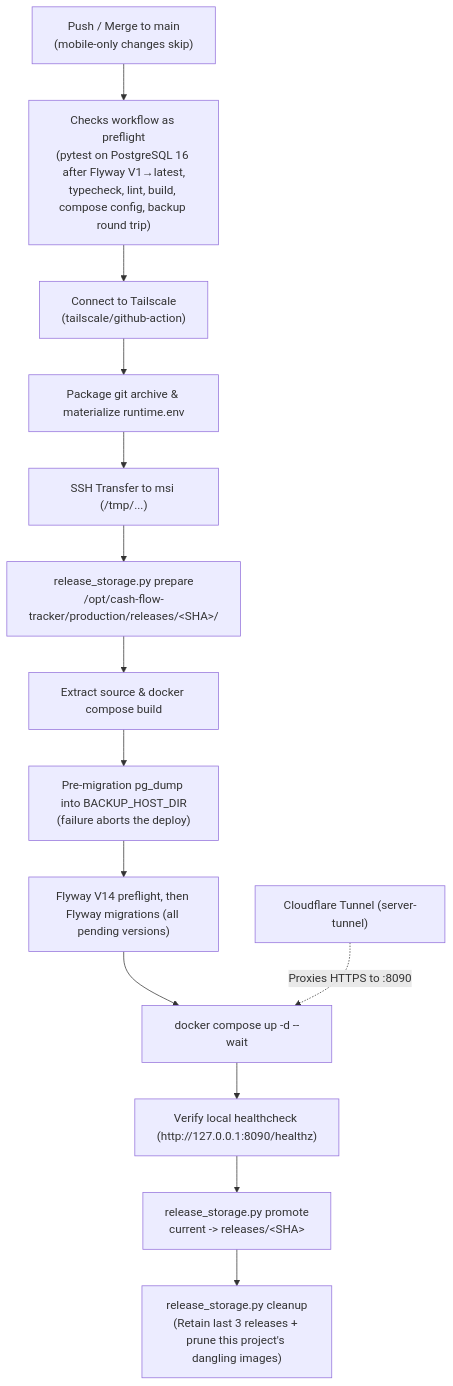
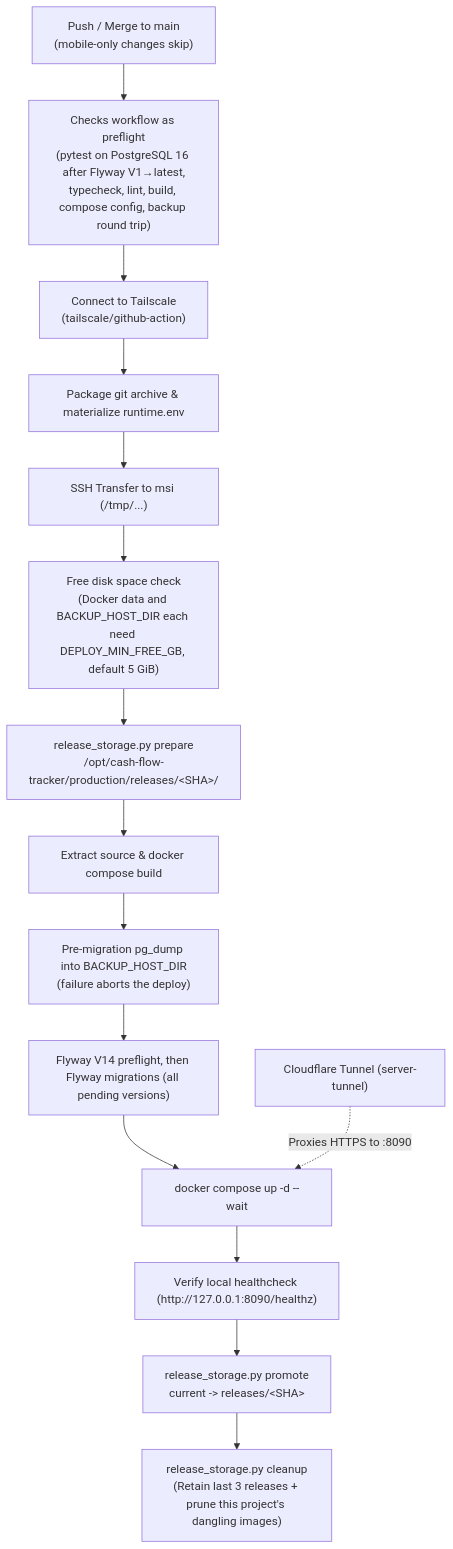
Before and after one commit to alfonsusenrico/cash-flow-tracker: the diagram in docs/production-deployment.md, drawn with Mermaid. The commit also changed other lines of this file and 10 other files, not shown here.

Commit message:
feat(ops): stop deploys on low disk and log free space in backups

````diff
--- a/docs/production-deployment.md
+++ b/docs/production-deployment.md
@@ -11,16 +11,17 @@
 ```mermaid
 flowchart TD
     A["Push / Merge to main<br/>(mobile-only changes skip)"] --> B["Checks workflow as preflight<br/>(pytest on PostgreSQL 16 after Flyway V1→latest,<br/>typecheck, lint, build, compose config, backup round trip)"]
     B --> C["Connect to Tailscale<br/>(tailscale/github-action)"]
     C --> D["Package git archive & materialize runtime.env"]
     D --> E["SSH Transfer to msi (/tmp/...)"]
-    E --> F["release_storage.py prepare<br/>/opt/cash-flow-tracker/production/releases/&lt;SHA&gt;/"]
+    E --> E2["Free disk space check<br/>(Docker data and BACKUP_HOST_DIR each need DEPLOY_MIN_FREE_GB, default 5 GiB)"]
+    E2 --> F["release_storage.py prepare<br/>/opt/cash-flow-tracker/production/releases/&lt;SHA&gt;/"]
     F --> G["Extract source & docker compose build"]
     G --> G2["Pre-migration pg_dump into BACKUP_HOST_DIR<br/>(failure aborts the deploy)"]
     G2 --> H["Flyway V14 preflight, then Flyway migrations (all pending versions)"]
     H --> I["docker compose up -d --wait"]
     I --> J["Verify local healthcheck (http://127.0.0.1:8090/healthz)"]
     J --> K["release_storage.py promote<br/>current -> releases/&lt;SHA&gt;"]
     K --> L["release_storage.py cleanup<br/>(Retain last 3 releases + prune this project's dangling images)"]
     M["Cloudflare Tunnel (server-tunnel)"] -.->|Proxies HTTPS to :8090| I
 ```
````
